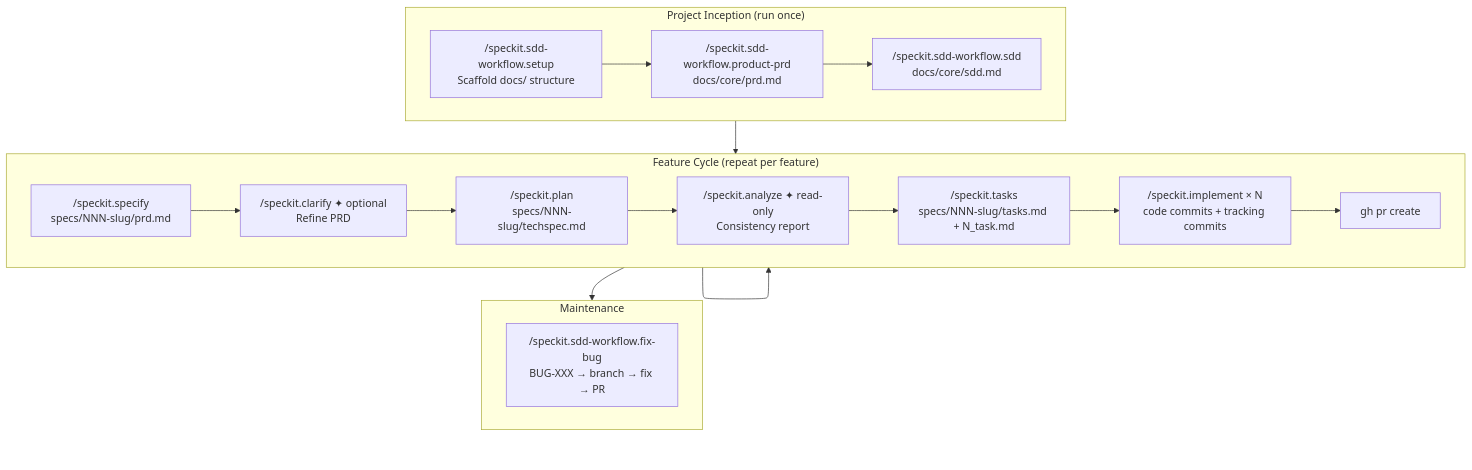
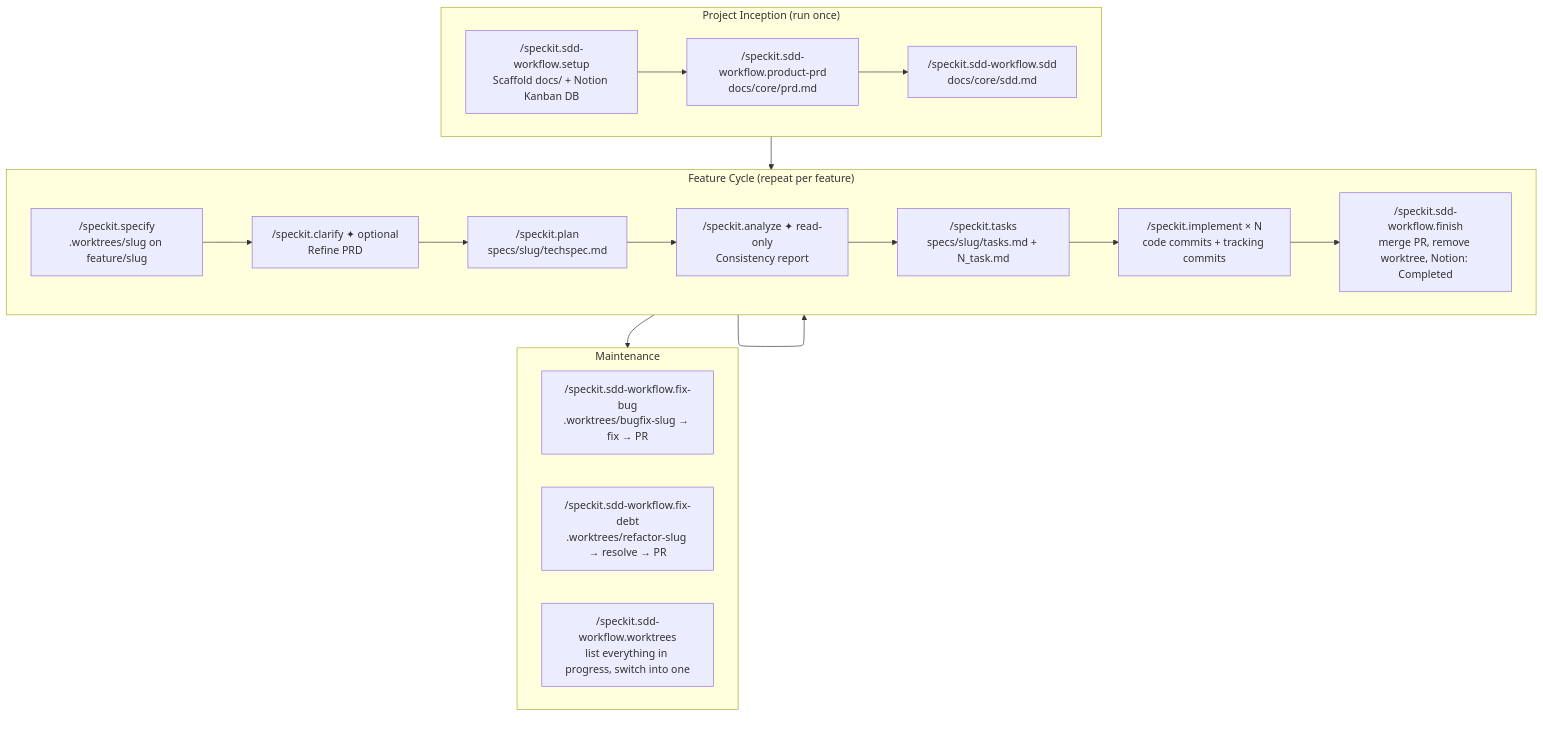
Before and after one commit to fabfdev/spec-kit-extension-sdd-workflow: the diagram in README.md, drawn with Mermaid. The commit also changed other lines of this file, not shown here.

First line of the commit message:
docs: update README with worktree workflow, new commands, fix stale local-file references

````diff
--- a/README.md
+++ b/README.md
@@ -35,26 +36,28 @@
 ```mermaid
 flowchart TD
     subgraph inception["Project Inception (run once)"]
-        S["/speckit.sdd-workflow.setup\nScaffold docs/ structure"]
+        S["/speckit.sdd-workflow.setup\nScaffold docs/ + Notion Kanban DB"]
         S --> PP["/speckit.sdd-workflow.product-prd\ndocs/core/prd.md"]
         PP --> SDD["/speckit.sdd-workflow.sdd\ndocs/core/sdd.md"]
     end
 
     subgraph feature["Feature Cycle (repeat per feature)"]
-        SP["/speckit.specify\nspecs/NNN-slug/prd.md"]
+        SP["/speckit.specify\n.worktrees/slug on feature/slug"]
         SP --> CL["/speckit.clarify ✦ optional\nRefine PRD"]
-        CL --> PL["/speckit.plan\nspecs/NNN-slug/techspec.md"]
+        CL --> PL["/speckit.plan\nspecs/slug/techspec.md"]
         PL --> AN["/speckit.analyze ✦ read-only\nConsistency report"]
-        AN --> TA["/speckit.tasks\nspecs/NNN-slug/tasks.md + N_task.md"]
+        AN --> TA["/speckit.tasks\nspecs/slug/tasks.md + N_task.md"]
         TA --> IM["/speckit.implement × N\ncode commits + tracking commits"]
-        IM --> PR["gh pr create"]
+        IM --> FIN["/speckit.sdd-workflow.finish\nmerge PR, remove worktree, Notion: Completed"]
     end
 
     subgraph health["Maintenance"]
-        BUG["/speckit.sdd-workflow.fix-bug\nBUG-XXX → branch → fix → PR"]
+        BUG["/speckit.sdd-workflow.fix-bug\n.worktrees/bugfix-slug → fix → PR"]
+        DEBT["/speckit.sdd-workflow.fix-debt\n.worktrees/refactor-slug → resolve → PR"]
+        WT["/speckit.sdd-workflow.worktrees\nlist everything in progress, switch into one"]
     end
 
     inception --> feature
     feature --> health
     feature --> feature
 ```
````
